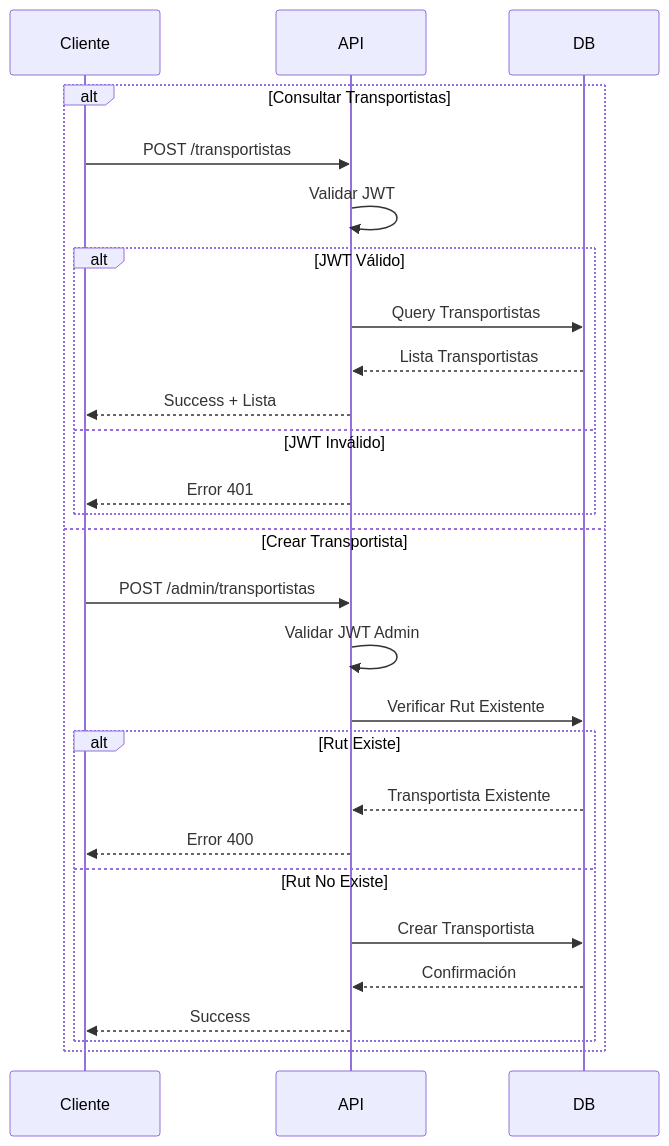
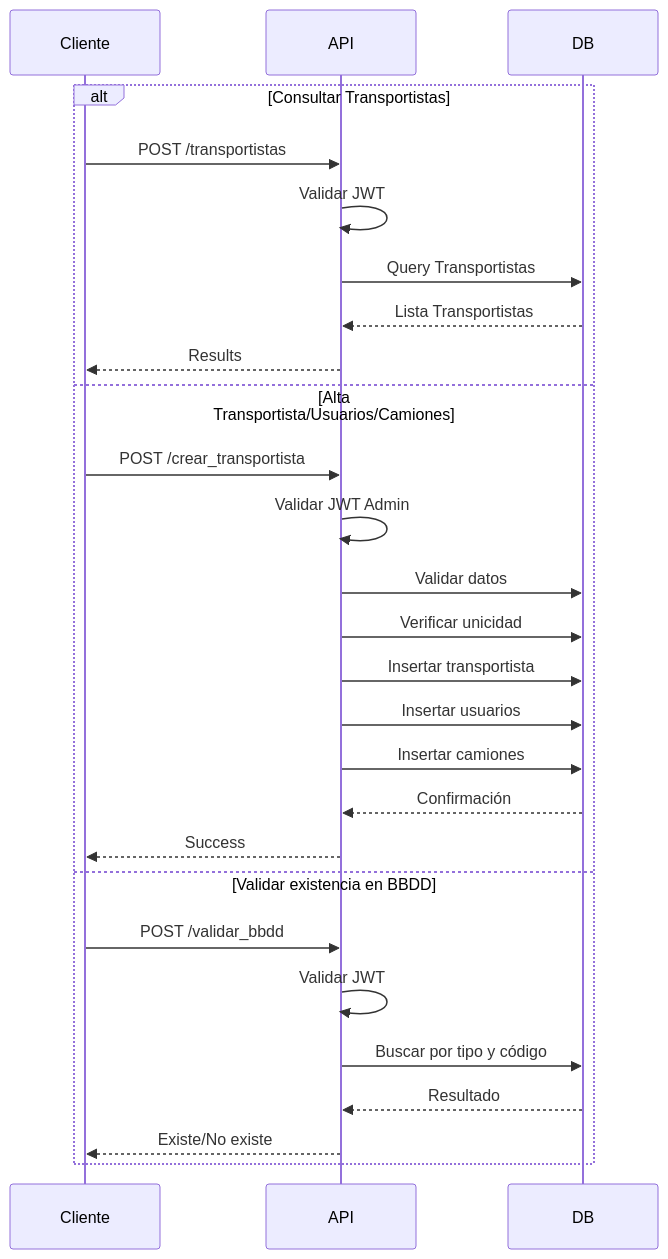
One commit to alepinobra/documentacion-elalto changed the diagram in docs/backend/tracmin/admin/transportistas.md. Above: the diagram before and after it, drawn with Mermaid. The commit also changed other lines of this file and 1 other file, not shown here.

Commit message:
Enhance API documentation for Clientes and Transportistas, adding detailed descriptions, endpoints, and examples for improved clarity and usability.

````diff
--- a/docs/backend/tracmin/admin/transportistas.md
+++ b/docs/backend/tracmin/admin/transportistas.md
@@ -83,33 +105,32 @@
     ```mermaid
     sequenceDiagram
         participant Cliente
         participant API
         participant DB
         
         alt Consultar Transportistas
             Cliente->>API: POST /transportistas
             API->>API: Validar JWT
-            
-            alt JWT Válido
-                API->>DB: Query Transportistas
-                DB-->>API: Lista Transportistas
-                API-->>Cliente: Success + Lista
-            else JWT Inválido
-                API-->>Cliente: Error 401
-            end
+            API->>DB: Query Transportistas
+            DB-->>API: Lista Transportistas
+            API-->>Cliente: Results
         
-        else Crear Transportista
-            Cliente->>API: POST /admin/transportistas
+        else Alta Transportista/Usuarios/Camiones
+            Cliente->>API: POST /crear_transportista
             API->>API: Validar JWT Admin
-            API->>DB: Verificar Rut Existente
-            
-            alt Rut Existe
-                DB-->>API: Transportista Existente
-                API-->>Cliente: Error 400
-            else Rut No Existe
-                API->>DB: Crear Transportista
-                DB-->>API: Confirmación
-                API-->>Cliente: Success
-            end
+            API->>DB: Validar datos
+            API->>DB: Verificar unicidad
+            API->>DB: Insertar transportista
+            API->>DB: Insertar usuarios
+            API->>DB: Insertar camiones
+            DB-->>API: Confirmación
+            API-->>Cliente: Success
+        
+        else Validar existencia en BBDD
+            Cliente->>API: POST /validar_bbdd
+            API->>API: Validar JWT
+            API->>DB: Buscar por tipo y código
+            DB-->>API: Resultado
+            API-->>Cliente: Existe/No existe
         end
     ```
````
